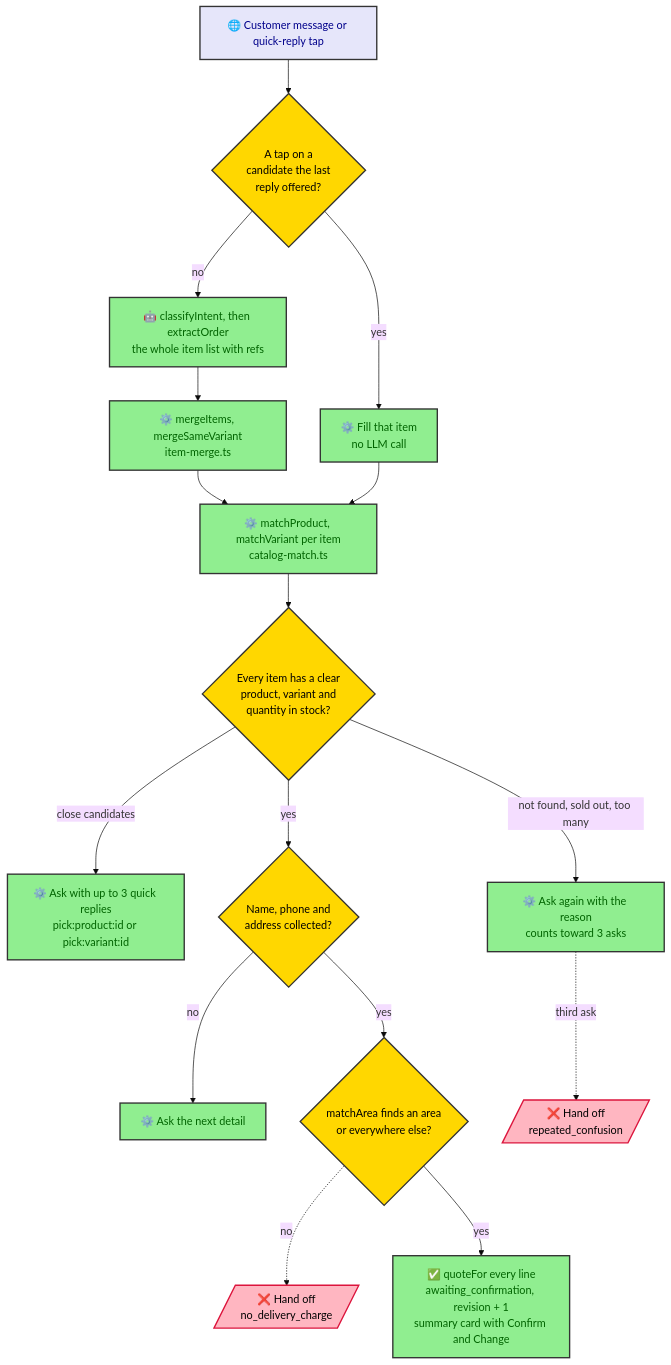
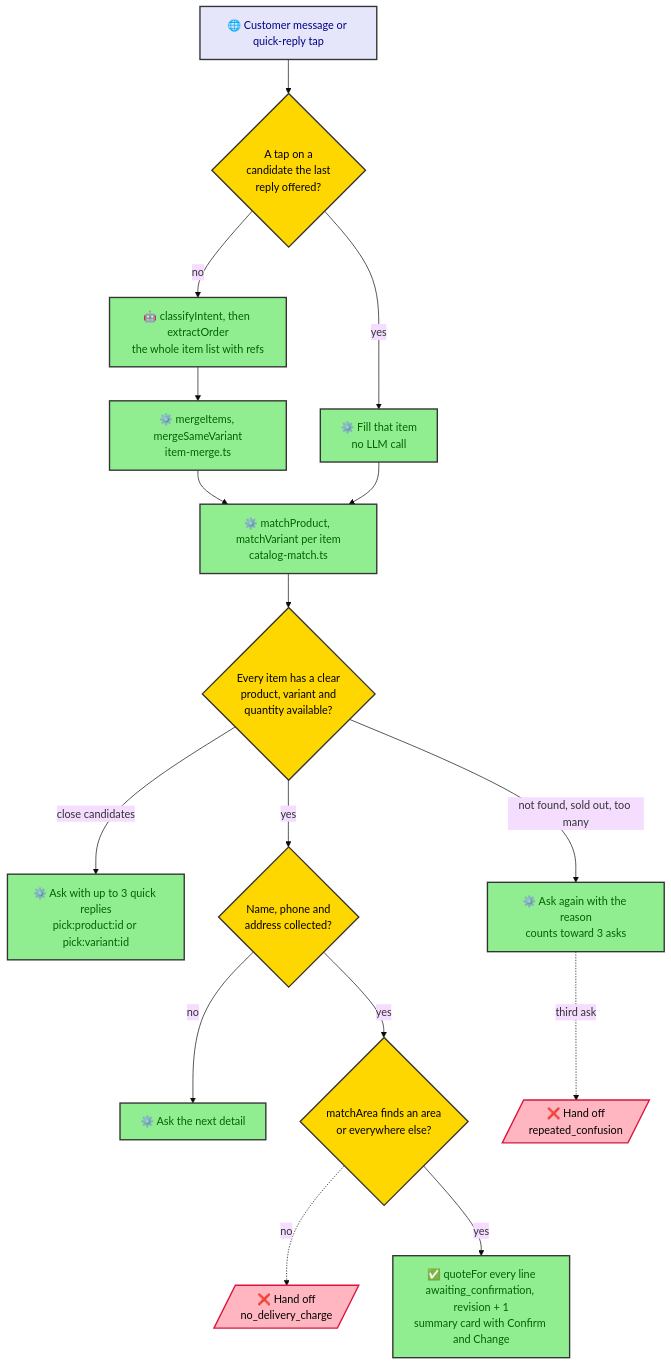
The first of 2 diagrams in docs/features/11-ai-implementation/phase-2-catalog-confirm-orders/confirm-flow.md (nabil404/project-alpha), drawn with Mermaid (base theme) before and after one commit. The commit also changed other lines of this file and 5 other files, not shown here.

````diff
--- a/docs/features/11-ai-implementation/phase-2-catalog-confirm-orders/confirm-flow.md
+++ b/docs/features/11-ai-implementation/phase-2-catalog-confirm-orders/confirm-flow.md
@@ -12,23 +12,23 @@
 ```mermaid
 flowchart TD
     msg["🌐 Customer message or quick-reply tap"]:::entry --> pick{"A tap on a<br/>candidate the last<br/>reply offered?"}:::decision
     pick -- yes --> fill["⚙️ Fill that item<br/>no LLM call"]:::work
     pick -- no --> llm["🤖 classifyIntent, then extractOrder<br/>the whole item list with refs"]:::work
     llm --> merge["⚙️ mergeItems, mergeSameVariant<br/>item-merge.ts"]:::work
     merge --> match["⚙️ matchProduct, matchVariant per item<br/>catalog-match.ts"]:::work
     fill --> match
-    match --> clear{"Every item has a clear<br/>product, variant and<br/>quantity in stock?"}:::decision
+    match --> clear{"Every item has a clear<br/>product, variant and<br/>quantity available?"}:::decision
     clear -- "close candidates" --> offer["⚙️ Ask with up to 3 quick replies<br/>pick:product:id or pick:variant:id"]:::work
     clear -- "not found, sold out, too many" --> ask["⚙️ Ask again with the reason<br/>counts toward 3 asks"]:::work
     clear -- yes --> details{"Name, phone and<br/>address collected?"}:::decision
     details -- no --> askd["⚙️ Ask the next detail"]:::work
     details -- yes --> area{"matchArea finds an area<br/>or everywhere else?"}:::decision
     area -. no .-> hand[/"❌ Hand off<br/>no_delivery_charge"/]:::reject
     area -- yes --> card["✅ quoteFor every line<br/>awaiting_confirmation, revision + 1<br/>summary card with Confirm and Change"]:::work
     ask -. third ask .-> hand2[/"❌ Hand off<br/>repeated_confusion"/]:::reject
 
     classDef entry    fill:#E6E6FA,stroke:#333,stroke-width:2px,color:#00008B
     classDef decision fill:#FFD700,stroke:#333,stroke-width:2px,color:#000
     classDef work     fill:#90EE90,stroke:#333,stroke-width:2px,color:#006400
     classDef reject   fill:#FFB6C1,stroke:#DC143C,stroke-width:2px,color:#000
 ```
````
